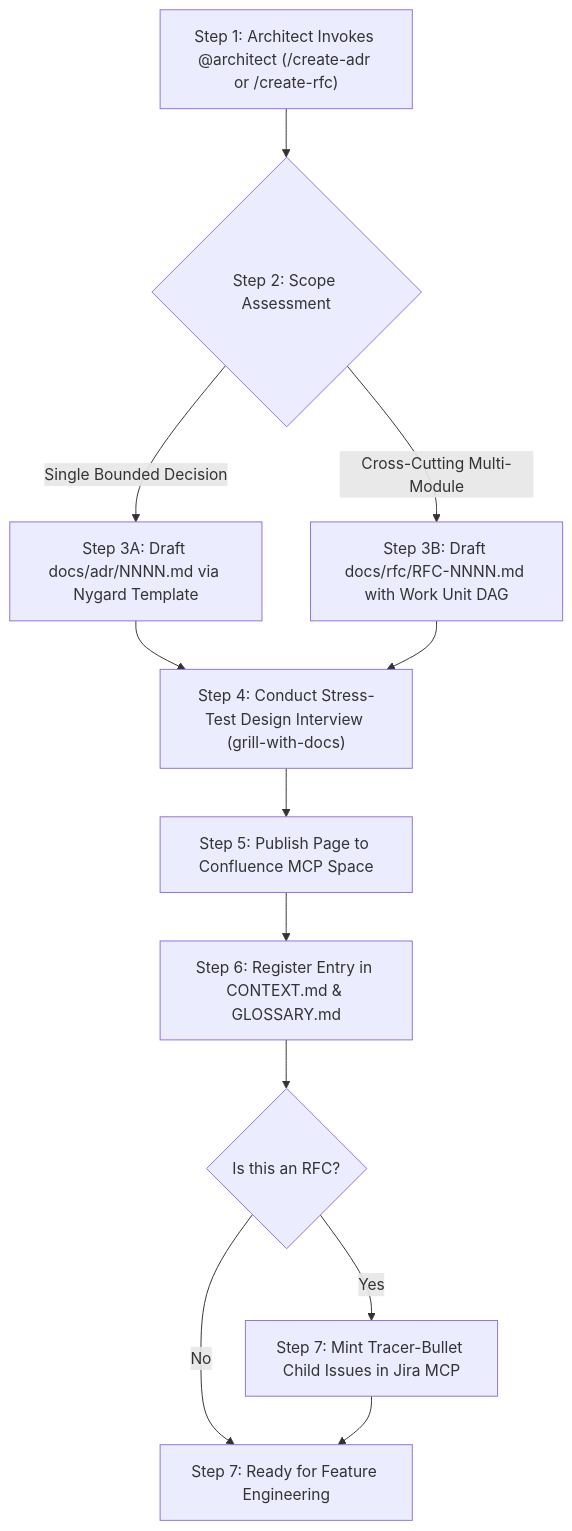
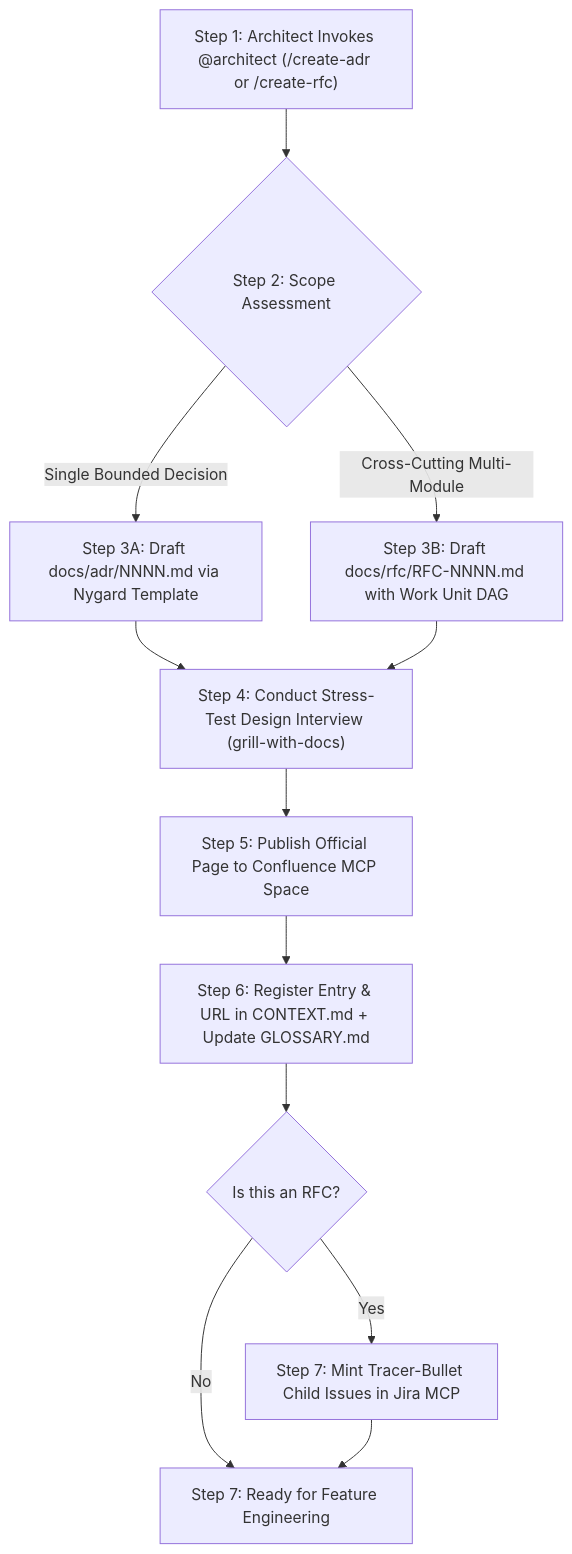
The third of 6 diagrams in README.md (bpoti001/software-factory), drawn with Mermaid before and after one commit. The commit also changed other lines of this file and 6 other files, not shown here.

````diff
--- a/README.md
+++ b/README.md
@@ -126,17 +180,17 @@
 ```mermaid
 flowchart TD
     S1["Step 1: Architect Invokes @architect (/create-adr or /create-rfc)"] --> S2{"Step 2: Scope Assessment"}
     S2 -->|"Single Bounded Decision"| S3A["Step 3A: Draft docs/adr/NNNN.md via Nygard Template"]
     S2 -->|"Cross-Cutting Multi-Module"| S3B["Step 3B: Draft docs/rfc/RFC-NNNN.md with Work Unit DAG"]
     
     S3A --> S4["Step 4: Conduct Stress-Test Design Interview (grill-with-docs)"]
     S3B --> S4
     
-    S4 --> S5["Step 5: Publish Page to Confluence MCP Space"]
-    S5 --> S6["Step 6: Register Entry in CONTEXT.md & GLOSSARY.md"]
+    S4 --> S5["Step 5: Publish Official Page to Confluence MCP Space"]
+    S5 --> S6["Step 6: Register Entry & URL in CONTEXT.md + Update GLOSSARY.md"]
     
     S6 --> S7{"Is this an RFC?"}
     S7 -->|"Yes"| S8["Step 7: Mint Tracer-Bullet Child Issues in Jira MCP"]
     S7 -->|"No"| S9["Step 7: Ready for Feature Engineering"]
     S8 --> S9
 ```
````
